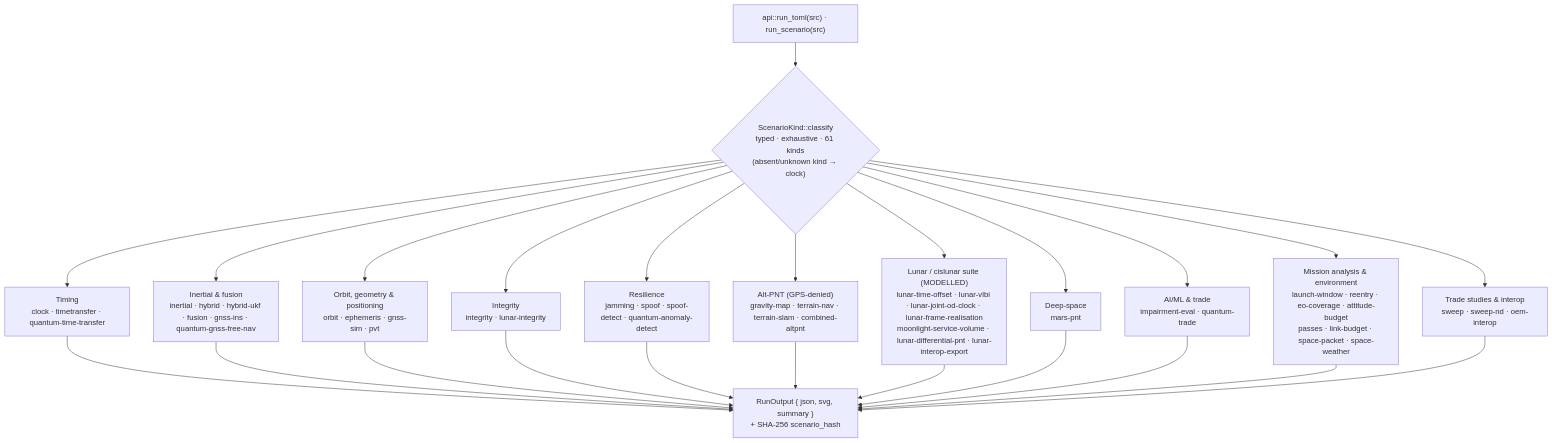
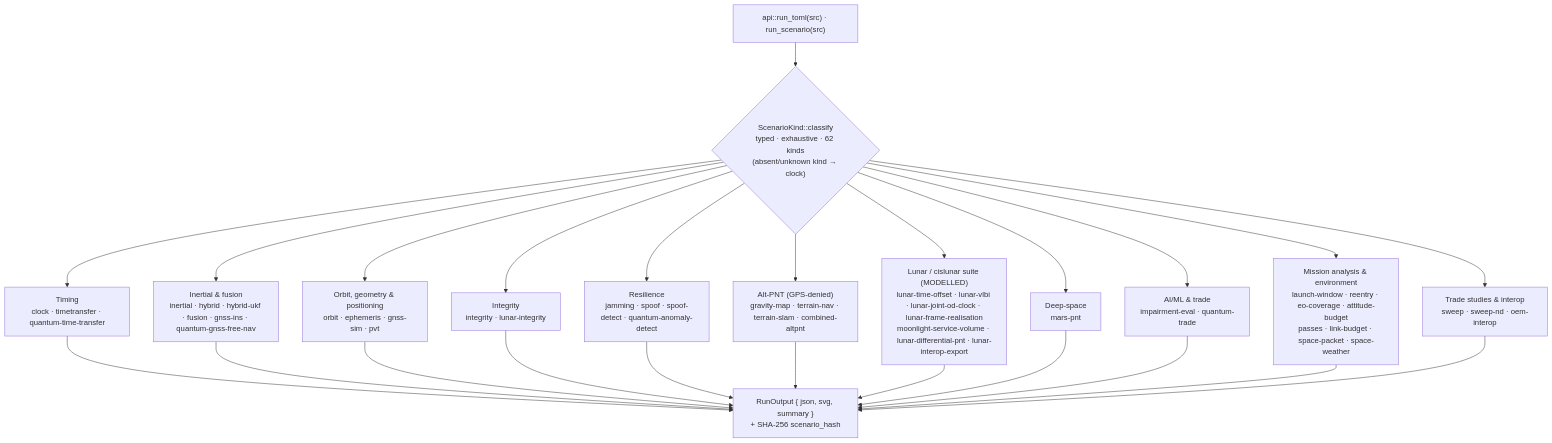
One commit to ashfordeOU/kshana changed the seventh of 11 diagrams in docs/ARCHITECTURE.md. Above: the diagram before and after it, drawn with Mermaid. The commit also changed other lines of this file and 48 other files, not shown here.

````diff
--- a/docs/ARCHITECTURE.md
+++ b/docs/ARCHITECTURE.md
@@ -406,16 +406,16 @@
 ```mermaid
 flowchart TD
-    F["api::run_toml(src) · run_scenario(src)"] --> K{"ScenarioKind::classify<br/>typed · exhaustive · 61 kinds<br/>(absent/unknown kind → clock)"}
+    F["api::run_toml(src) · run_scenario(src)"] --> K{"ScenarioKind::classify<br/>typed · exhaustive · 62 kinds<br/>(absent/unknown kind → clock)"}
     K --> G1["Timing<br/>clock · timetransfer · quantum-time-transfer"]
     K --> G2["Inertial & fusion<br/>inertial · hybrid · hybrid-ukf · fusion · gnss-ins · quantum-gnss-free-nav"]
     K --> G3["Orbit, geometry & positioning<br/>orbit · ephemeris · gnss-sim · pvt"]
     K --> G4["Integrity<br/>integrity · lunar-integrity"]
     K --> G5["Resilience<br/>jamming · spoof · spoof-detect · quantum-anomaly-detect"]
     K --> G6["Alt-PNT (GPS-denied)<br/>gravity-map · terrain-nav · terrain-slam · combined-altpnt"]
     K --> G7["Lunar / cislunar suite (MODELLED)<br/>lunar-time-offset · lunar-vlbi · lunar-joint-od-clock · lunar-frame-realisation<br/>moonlight-service-volume · lunar-differential-pnt · lunar-interop-export"]
     K --> G8["Deep-space<br/>mars-pnt"]
     K --> G9["AI/ML & trade<br/>impairment-eval · quantum-trade"]
     K --> G10["Mission analysis & environment<br/>launch-window · reentry · eo-coverage · attitude-budget<br/>passes · link-budget · space-packet · space-weather"]
     K --> G11["Trade studies & interop<br/>sweep · sweep-nd · oem-interop"]
     G1 & G2 & G3 & G4 & G5 & G6 & G7 & G8 & G9 & G10 & G11 --> W["RunOutput { json, svg, summary }<br/>+ SHA-256 scenario_hash"]
 ```
````
